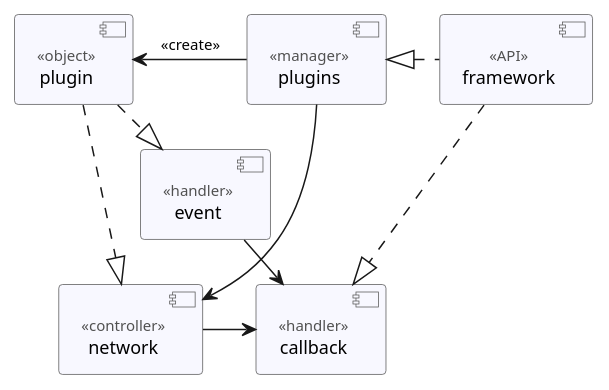
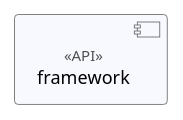
One commit to erik-riklund/wow changed the diagram in Cogspinner/structure.puml. Above: the diagram before and after it, drawn with PlantUML. The commit also changed 27 other files, not shown here.

```diff
--- a/Cogspinner/structure.puml
+++ b/Cogspinner/structure.puml
@@ -1,46 +1,24 @@
 @startuml Cogspinner
 
 skinparam ClassFontSize 12pt
 skinparam ClassFontName Consolas
 skinparam ComponentBackgroundColor GhostWhite
 skinparam ComponentBorderColor #565656
 skinparam ComponentFontStyle normal
 skinparam ComponentFontSize 12pt
 skinparam ComponentFontName Consolas
 skinparam ComponentStereotypeFontName Consolas
 skinparam ComponentStereotypeFontSize 10pt
 skinparam ComponentStereotypeFontColor #515151
 skinparam InterfaceBackgroundColor Orange
 skinparam NoteFontName Franklin Gothic Medium
 skinparam NoteFontSize 12pt
 skinparam NoteFontColor black
 skinparam NoteBackgroundColor #FEFFDD
 skinparam NoteBorderColor #96968D
 skinparam ArrowFontName Consolas
 skinparam ArrowFontSize 10pt
 
 component "framework" as Framework <<API>>
-component "plugins" as Plugins <<manager>>
-
-Framework .left.|> Plugins
-
-component "plugin" as Plugin <<object>>
-
-Plugins -left-> Plugin : <<create>>
-
-component "callback" as Callback <<handler>>
-
-Framework .down.|> Callback
-
-component "network" as Network <<controller>>
-
-Plugins -> Network
-Network -> Callback
-Plugin ..|> Network
-
-component "event" as Event <<handler>>
-
-Event -> Callback
-Plugin .|> Event
 
 @enduml
```
